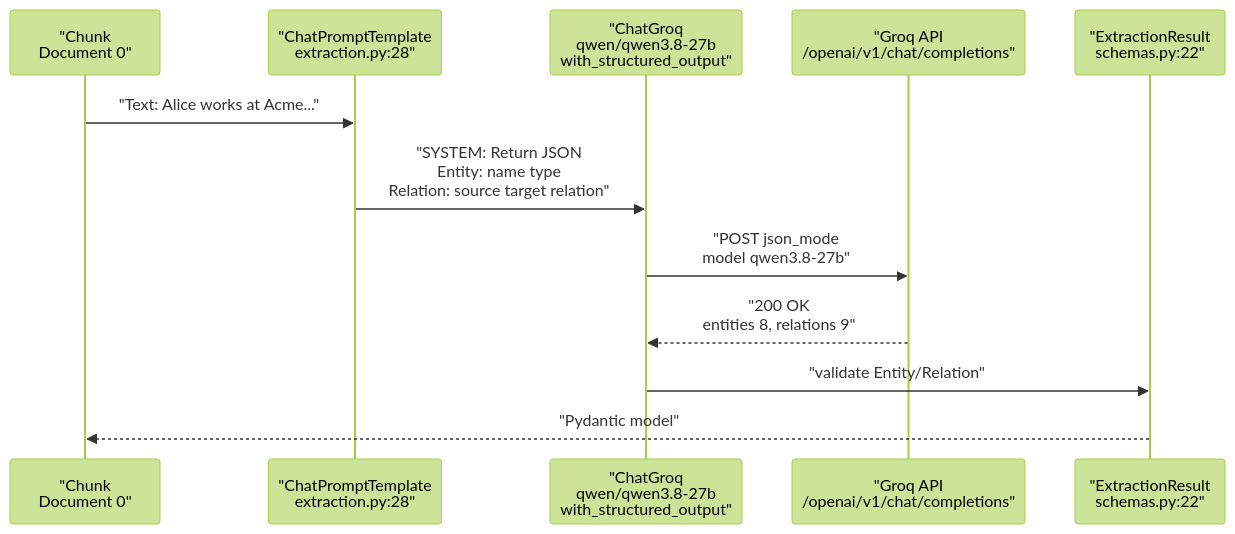
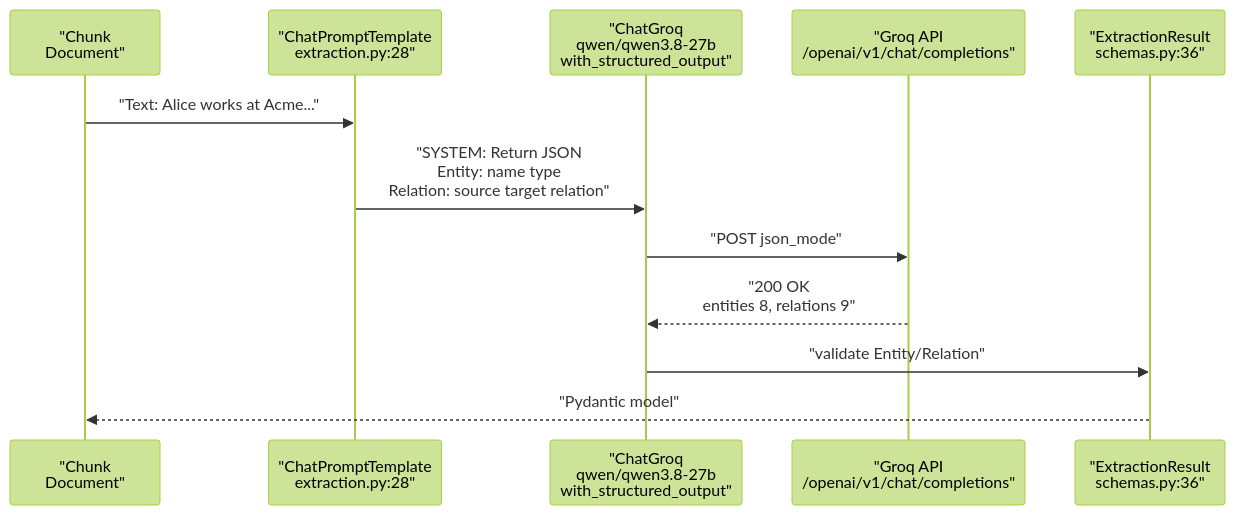
The third of 9 diagrams in LEARNINGS.md (manishwvn/graph_rag), drawn with Mermaid (forest theme) before and after one commit. The commit also changed other lines of this file and 30 other files, not shown here.

First line of the commit message:
feat: vector vs graph RAG comparison, with a corrected evaluation

````diff
--- a/LEARNINGS.md
+++ b/LEARNINGS.md
@@ -80,14 +92,14 @@
 ```mermaid
 sequenceDiagram
-  participant C as "Chunk<br/>Document 0"
+  participant C as "Chunk<br/>Document"
   participant P as "ChatPromptTemplate<br/>extraction.py:28"
   participant LLM as "ChatGroq<br/>qwen/qwen3.8-27b<br/>with_structured_output"
   participant G as "Groq API<br/>/openai/v1/chat/completions"
-  participant R as "ExtractionResult<br/>schemas.py:22"
+  participant R as "ExtractionResult<br/>schemas.py:36"
   C->>P: "Text: Alice works at Acme..."
   P->>LLM: "SYSTEM: Return JSON<br/>Entity: name type<br/>Relation: source target relation"
-  LLM->>G: "POST json_mode<br/>model qwen3.8-27b"
+  LLM->>G: "POST json_mode"
   G-->>LLM: "200 OK<br/>entities 8, relations 9"
   LLM->>R: "validate Entity/Relation"
   R-->>C: "Pydantic model"
 ```
````
